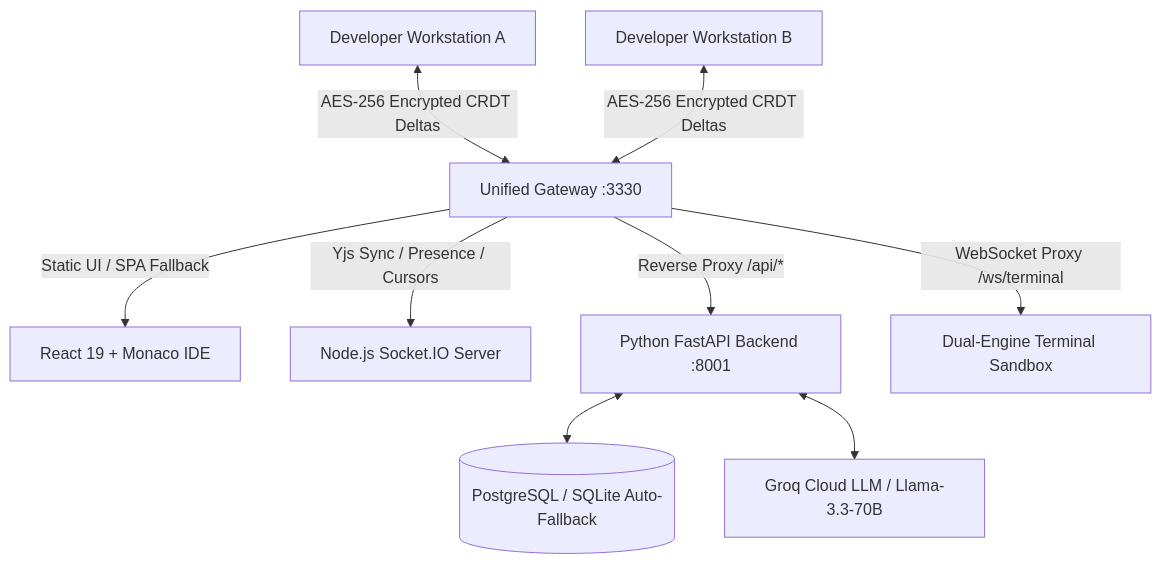
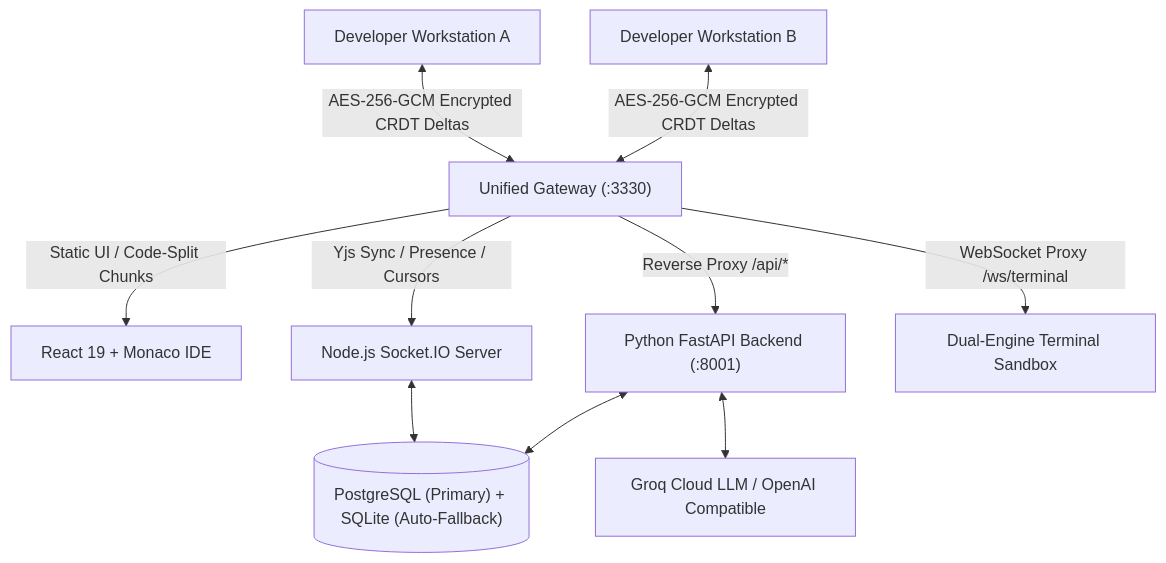
One commit to OmShrikhande/nulltor changed the diagram in PROJECT_ABSTRACT.md. Above: the diagram before and after it, drawn with Mermaid. The commit also changed other lines of this file and 38 other files, not shown here.

````diff
--- a/PROJECT_ABSTRACT.md
+++ b/PROJECT_ABSTRACT.md
@@ -12,11 +12,12 @@
 ```mermaid
 graph TD
-    ClientA[Developer Workstation A] <-->|AES-256 Encrypted CRDT Deltas| Gateway[Unified Gateway :3330]
-    ClientB[Developer Workstation B] <-->|AES-256 Encrypted CRDT Deltas| Gateway
-    Gateway -->|Static UI / SPA Fallback| Frontend[React 19 + Monaco IDE]
-    Gateway -->|Yjs Sync / Presence / Cursors| NodeSocketIO[Node.js Socket.IO Server]
-    Gateway -->|Reverse Proxy /api/*| FastAPI[Python FastAPI Backend :8001]
-    Gateway -->|WebSocket Proxy /ws/terminal| TerminalEngine[Dual-Engine Terminal Sandbox]
-    FastAPI <--> Database[(PostgreSQL / SQLite Auto-Fallback)]
-    FastAPI <--> GroqAPI[Groq Cloud LLM / Llama-3.3-70B]
+    ClientA["Developer Workstation A"] <-->|"AES-256-GCM Encrypted CRDT Deltas"| Gateway["Unified Gateway (:3330)"]
+    ClientB["Developer Workstation B"] <-->|"AES-256-GCM Encrypted CRDT Deltas"| Gateway
+    Gateway -->|"Static UI / Code-Split Chunks"| Frontend["React 19 + Monaco IDE"]
+    Gateway -->|"Yjs Sync / Presence / Cursors"| NodeSocketIO["Node.js Socket.IO Server"]
+    Gateway -->|"Reverse Proxy /api/*"| FastAPI["Python FastAPI Backend (:8001)"]
+    Gateway -->|"WebSocket Proxy /ws/terminal"| TerminalEngine["Dual-Engine Terminal Sandbox"]
+    FastAPI <--> Database[("PostgreSQL (Primary) + SQLite (Auto-Fallback)")]
+    NodeSocketIO <--> Database
+    FastAPI <--> GroqAPI["Groq Cloud LLM / OpenAI Compatible"]
 ```
````
